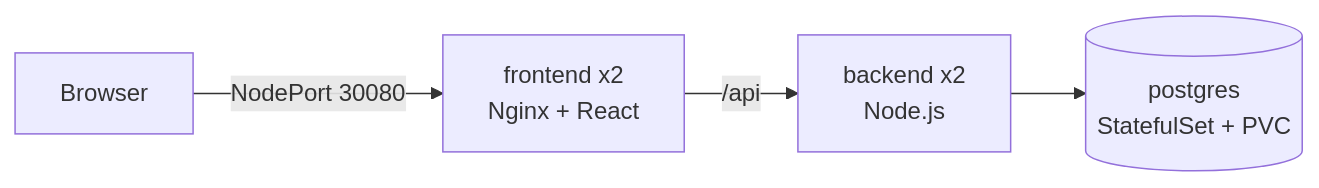
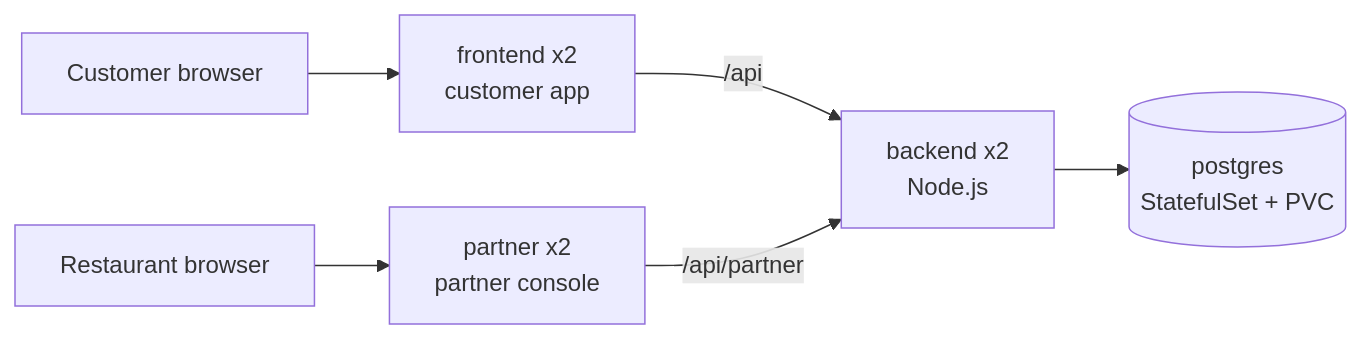
One commit to paighanutkarsh2410-lab/swiggy-devsecops-infra changed the diagram in README.md. Above: the diagram before and after it, drawn with Mermaid. The commit also changed other lines of this file and 11 other files, not shown here.

First line of the commit message:
Deploy the partner console beside the customer app (#6)

````diff
--- a/README.md
+++ b/README.md
@@ -32,6 +34,8 @@
 ```mermaid
 flowchart LR
-    User[Browser] -->|NodePort 30080| FE[frontend x2<br/>Nginx + React]
+    Customer[Customer browser] --> FE[frontend x2<br/>customer app]
+    Partner[Restaurant browser] --> PC[partner x2<br/>partner console]
     FE -->|/api| BE[backend x2<br/>Node.js]
+    PC -->|/api/partner| BE
     BE --> DB[(postgres<br/>StatefulSet + PVC)]
 ```
````
